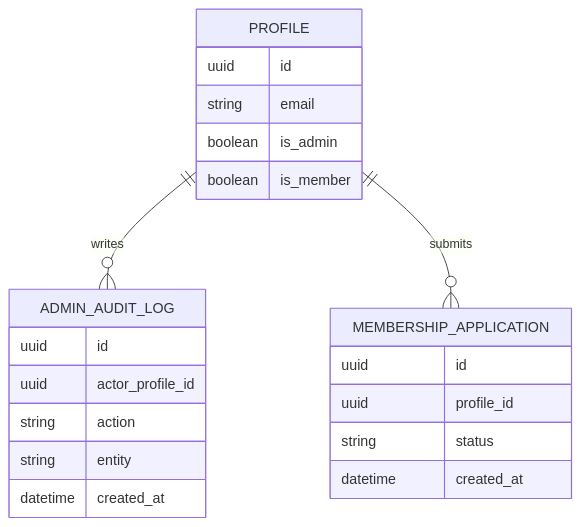
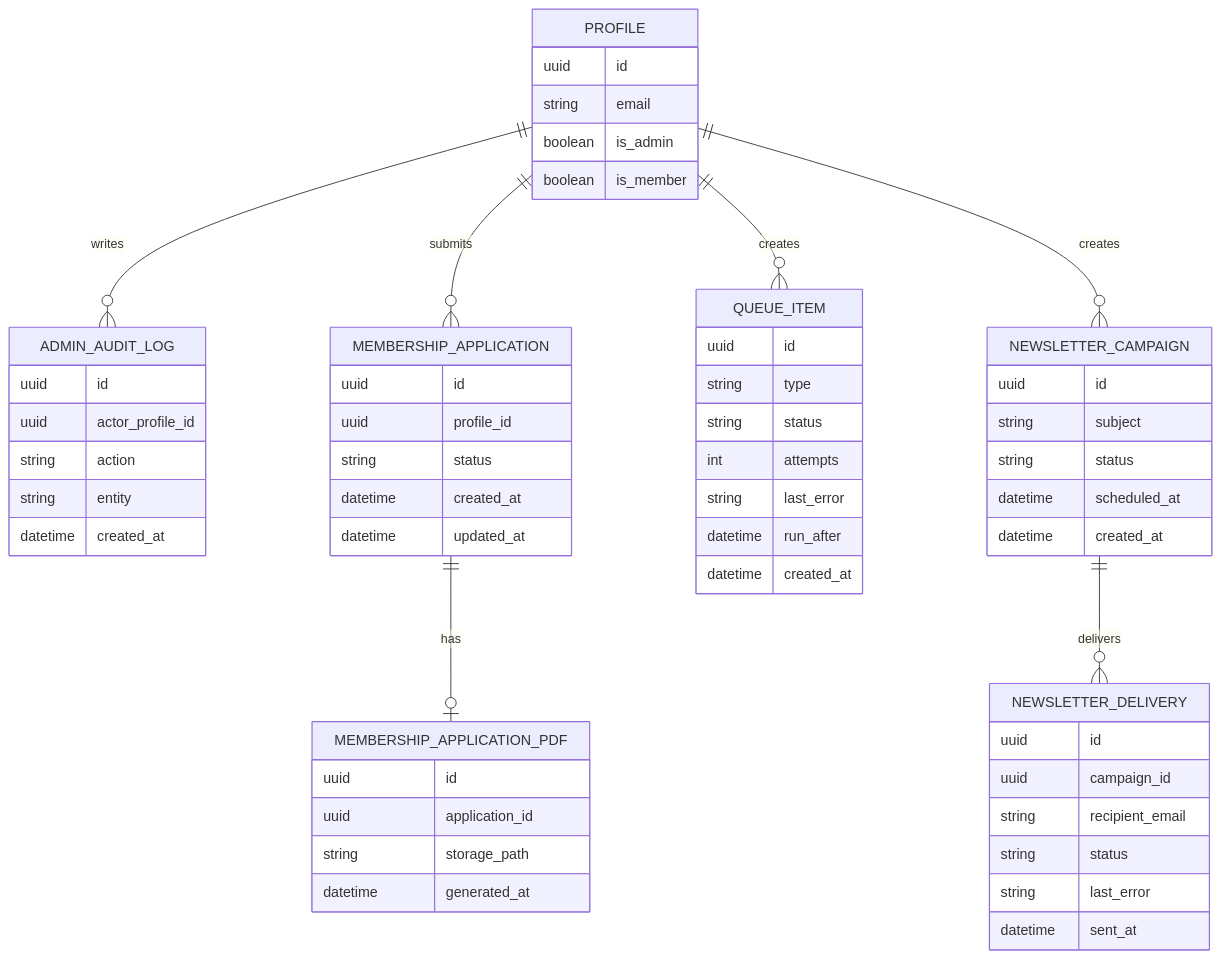
Before and after one commit to lukycepy/Pupen---dev: the third of 3 diagrams in .trae/documents/technicka-architektura-redesign-admin-clen.md, drawn with Mermaid. The commit also changed other lines of this file and 35 other files, not shown here.

First line of the commit message:
feat(admin): add email queue management and member application PDF export

````diff
--- a/.trae/documents/technicka-architektura-redesign-admin-clen.md
+++ b/.trae/documents/technicka-architektura-redesign-admin-clen.md
@@ -107,27 +123,66 @@
 ```mermaid
 erDiagram
   PROFILE ||--o{ ADMIN_AUDIT_LOG : "writes"
   PROFILE ||--o{ MEMBERSHIP_APPLICATION : "submits"
+  MEMBERSHIP_APPLICATION ||--o| MEMBERSHIP_APPLICATION_PDF : "has"
+  PROFILE ||--o{ QUEUE_ITEM : "creates"
+  PROFILE ||--o{ NEWSLETTER_CAMPAIGN : "creates"
+  NEWSLETTER_CAMPAIGN ||--o{ NEWSLETTER_DELIVERY : "delivers"
 
   PROFILE {
     uuid id
     string email
     boolean is_admin
     boolean is_member
   }
 
   MEMBERSHIP_APPLICATION {
     uuid id
     uuid profile_id
     string status
     datetime created_at
+    datetime updated_at
+  }
+
+  MEMBERSHIP_APPLICATION_PDF {
+    uuid id
+    uuid application_id
+    string storage_path
+    datetime generated_at
+  }
+
+  QUEUE_ITEM {
+    uuid id
+    string type
+    string status
+    int attempts
+    string last_error
+    datetime run_after
+    datetime created_at
+  }
+
+  NEWSLETTER_CAMPAIGN {
+    uuid id
+    string subject
+    string status
+    datetime scheduled_at
+    datetime created_at
+  }
+
+  NEWSLETTER_DELIVERY {
+    uuid id
+    uuid campaign_id
+    string recipient_email
+    string status
+    string last_error
+    datetime sent_at
   }
 
   ADMIN_AUDIT_LOG {
     uuid id
     uuid actor_profile_id
     string action
     string entity
     datetime created_at
   }
 ```
````
